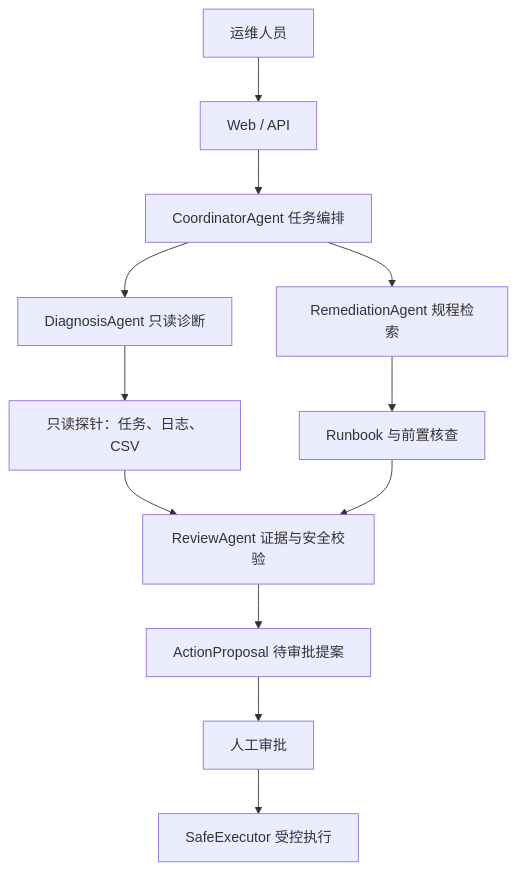
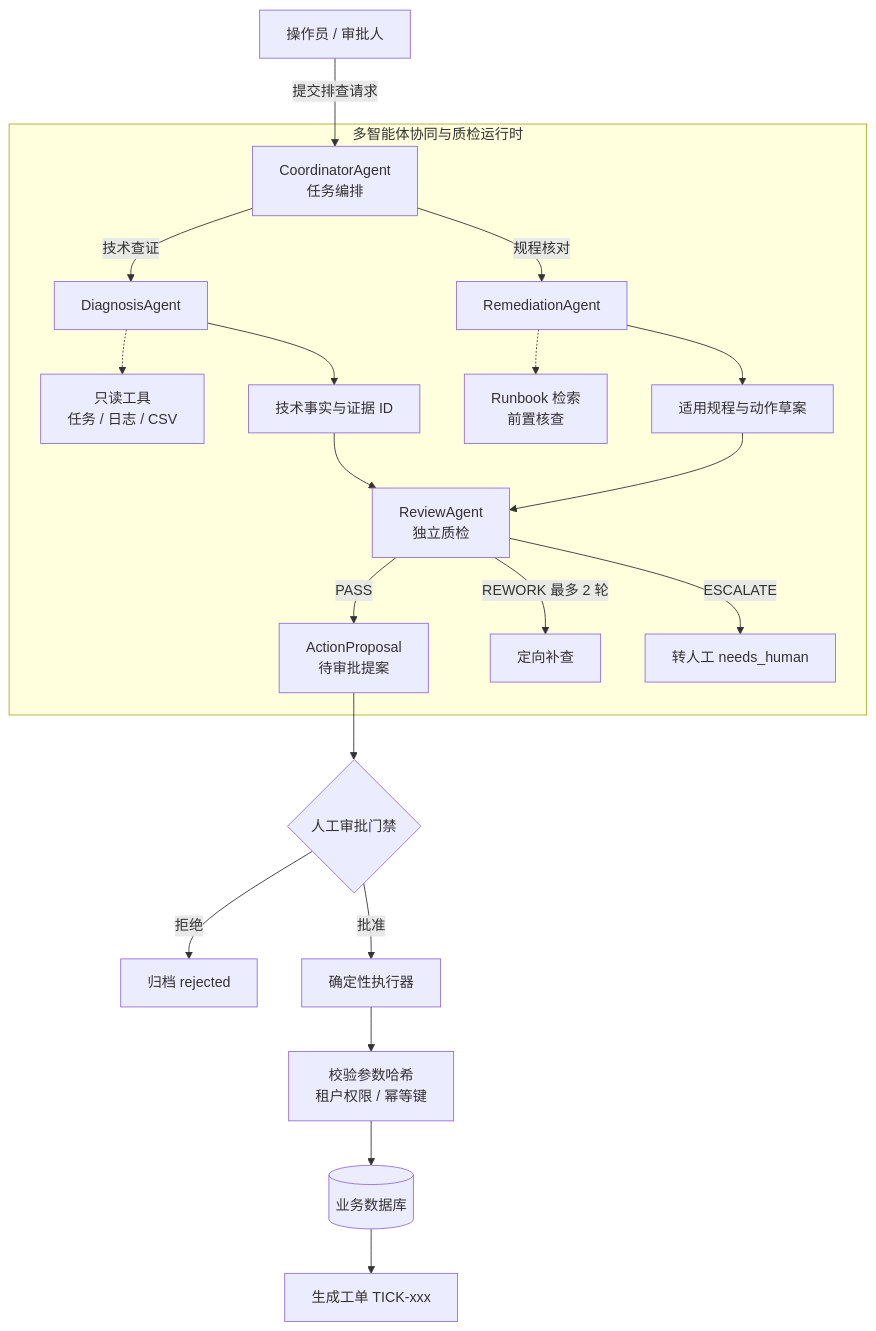
Before and after one commit to intp41455/incidentops-enterprise-agent: the diagram in README.md, drawn with Mermaid. The commit also changed other lines of this file, not shown here.

Commit message:
docs: expand IncidentOps multi-agent architecture diagram

````diff
--- a/README.md
+++ b/README.md
@@ -61,14 +61,23 @@
 ```mermaid
 flowchart TD
-    A["运维人员"] --> B["Web / API"]
-    B --> C["CoordinatorAgent 任务编排"]
-    C --> D["DiagnosisAgent 只读诊断"]
-    C --> E["RemediationAgent 规程检索"]
-    D --> F["只读探针：任务、日志、CSV"]
-    E --> G["Runbook 与前置核查"]
-    F --> H["ReviewAgent 证据与安全校验"]
-    G --> H
-    H --> I["ActionProposal 待审批提案"]
-    I --> J["人工审批"]
-    J --> K["SafeExecutor 受控执行"]
+    User["操作员 / 审批人"] -->|提交排查请求| Coord["CoordinatorAgent<br/>任务编排"]
+    subgraph Runtime["多智能体协同与质检运行时"]
+        Coord -->|技术查证| Diag["DiagnosisAgent"]
+        Coord -->|规程核对| Rem["RemediationAgent"]
+        Diag -.-> DiagTools["只读工具<br/>任务 / 日志 / CSV"]
+        Rem -.-> RemTools["Runbook 检索<br/>前置核查"]
+        Diag --> Facts["技术事实与证据 ID"]
+        Rem --> Draft["适用规程与动作草案"]
+        Facts --> Rev["ReviewAgent<br/>独立质检"]
+        Draft --> Rev
+        Rev -->|PASS| Proposal["ActionProposal<br/>待审批提案"]
+        Rev -->|REWORK 最多 2 轮| Rework["定向补查"]
+        Rev -->|ESCALATE| Escalation["转人工 needs_human"]
+    end
+    Proposal --> Gate{"人工审批门禁"}
+    Gate -->|拒绝| Rejected["归档 rejected"]
+    Gate -->|批准| Exec["确定性执行器"]
+    Exec --> Check["校验参数哈希<br/>租户权限 / 幂等键"]
+    Check --> DB[("业务数据库")]
+    DB --> Finish["生成工单 TICK-xxx"]
 ```
````
